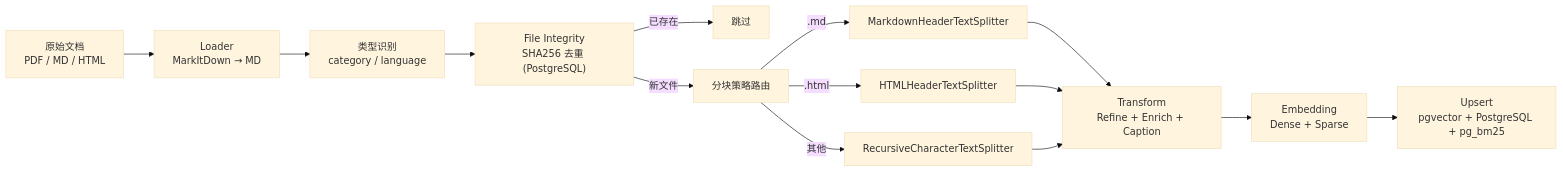
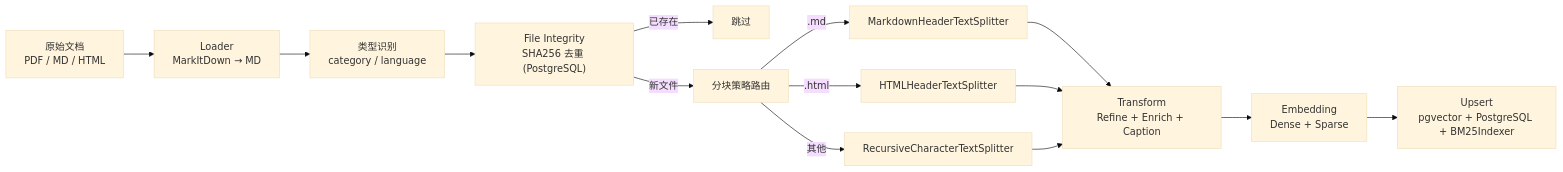
Before and after one commit to vic-ai-dev/knowledge-service: the sixth of 12 diagrams in DEV_SPEC.md, drawn with Mermaid (base theme). The commit also changed other lines of this file and 180 other files, not shown here.

````diff
--- a/DEV_SPEC.md
+++ b/DEV_SPEC.md
@@ -262,17 +231,17 @@
 ```mermaid
 flowchart LR
     PDF["原始文档<br/>PDF / MD / HTML"] --> LOAD["Loader<br/>MarkItDown → MD"]
     LOAD --> TYPE["类型识别<br/>category / language"]
     TYPE --> HASH["File Integrity<br/>SHA256 去重 (PostgreSQL)"]
     HASH -->|已存在| SKIP["跳过"]
     HASH -->|新文件| ROUTE["分块策略路由"]
     ROUTE -->|.md| MDSPLIT["MarkdownHeaderTextSplitter"]
     ROUTE -->|.html| HTMLSPLIT["HTMLHeaderTextSplitter"]
     ROUTE -->|其他| DEFAULT["RecursiveCharacterTextSplitter"]
     MDSPLIT --> TRANS
     HTMLSPLIT --> TRANS
     DEFAULT --> TRANS
     TRANS["Transform<br/>Refine + Enrich + Caption"]
     TRANS --> EMBED["Embedding<br/>Dense + Sparse"]
-    EMBED --> UPSERT["Upsert<br/>pgvector + PostgreSQL + pg_bm25"]
+    EMBED --> UPSERT["Upsert<br/>pgvector + PostgreSQL + BM25Indexer"]
 ```
````
